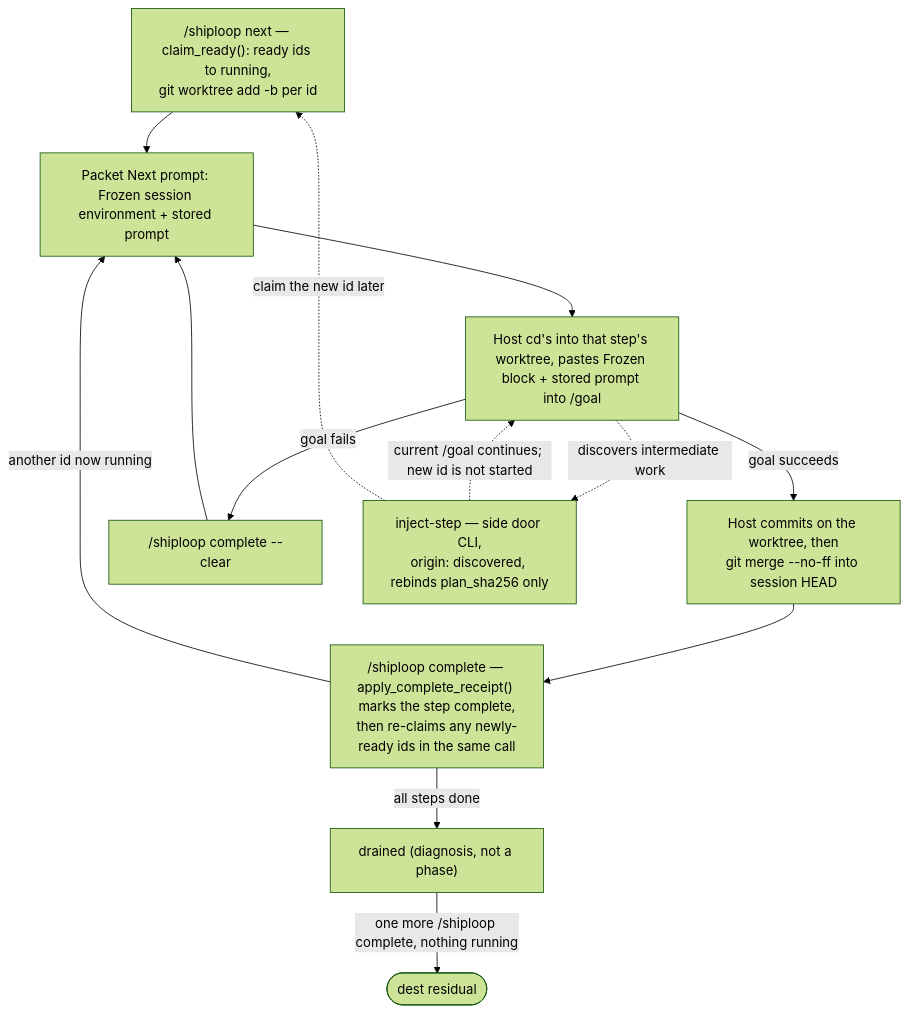
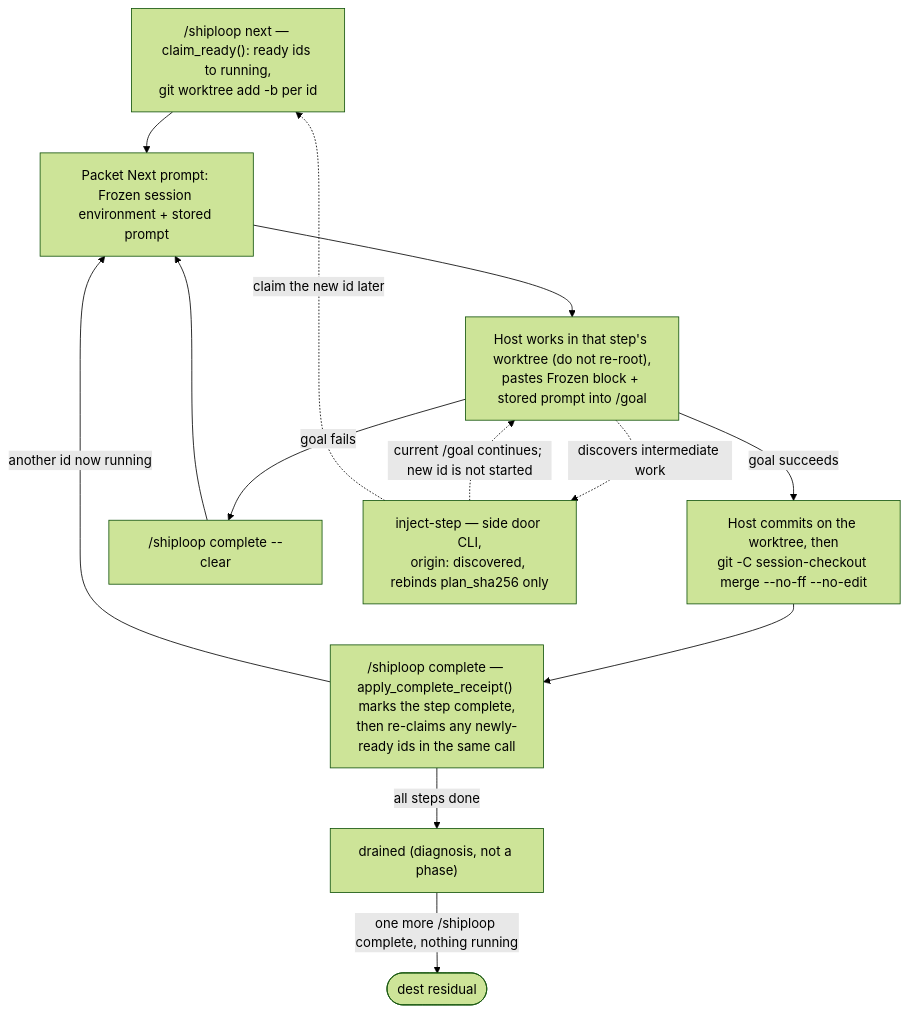
Before and after one commit to whichguy/skill-craft: the fourth of 5 diagrams in skills/shiploop/README.md, drawn with Mermaid (forest theme). The commit also changed other lines of this file and 6 other files, not shown here.

First line of the commit message:
ShipLoop: dest-scope Missing; merge via session checkout.

````diff
--- a/skills/shiploop/README.md
+++ b/skills/shiploop/README.md
@@ -303,15 +311,15 @@
 ```mermaid
 flowchart TD
   next["/shiploop next — claim_ready(): ready ids to running,\ngit worktree add -b per id"] --> printed["Packet Next prompt: Frozen session environment + stored prompt"]
-  printed --> gwork["Host cd's into that step's worktree, pastes Frozen block + stored prompt into /goal"]
-  gwork -->|goal succeeds| cm["Host commits on the worktree, then\ngit merge --no-ff into session HEAD"]
+  printed --> gwork["Host works in that step's worktree (do not re-root),\npastes Frozen block + stored prompt into /goal"]
+  gwork -->|goal succeeds| cm["Host commits on the worktree, then\ngit -C session-checkout merge --no-ff --no-edit"]
   cm --> complete["/shiploop complete — apply_complete_receipt() marks the step complete,\nthen re-claims any newly-ready ids in the same call"]
   complete -->|another id now running| printed
   complete -->|all steps done| drained["drained (diagnosis, not a phase)"]
   drained -->|one more /shiploop complete, nothing running| residual([dest residual])
   gwork -->|goal fails| clear["/shiploop complete --clear"]
   clear --> printed
   gwork -.->|discovers intermediate work| inject["inject-step — side door CLI,\norigin: discovered, rebinds plan_sha256 only"]
   inject -.->|current /goal continues; new id is not started| gwork
   inject -.->|claim the new id later| next
 ```
````
